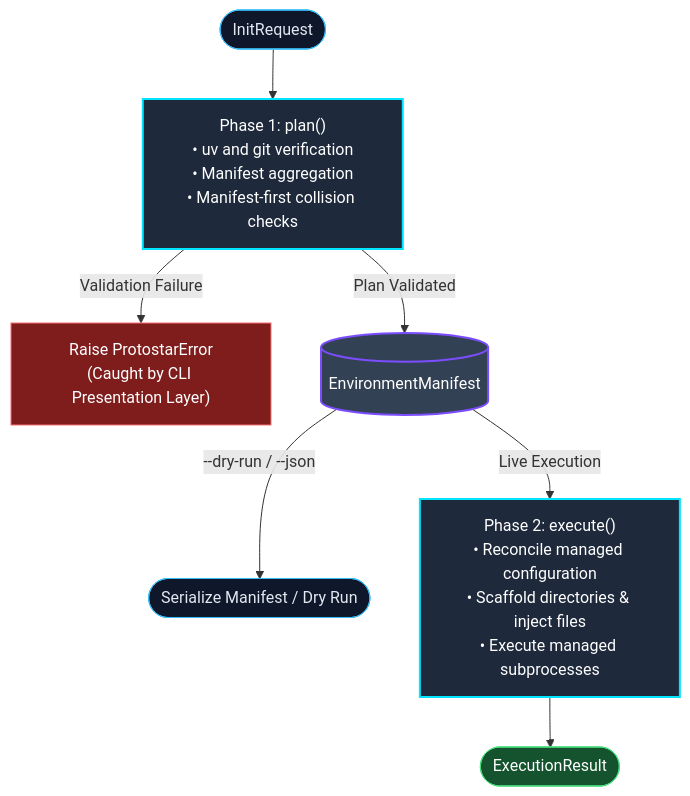
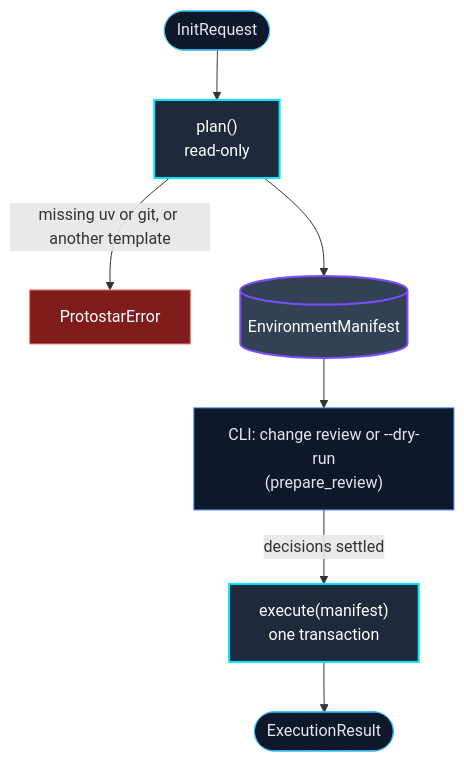
Before and after one commit to JacksonFergusonDev/protostar: the diagram in docs/mechanics/orchestrator.md, drawn with Mermaid. The commit also changed other lines of this file and 7 other files, not shown here.

````diff
--- a/docs/mechanics/orchestrator.md
+++ b/docs/mechanics/orchestrator.md
@@ -17,18 +9,15 @@
 ```mermaid
 flowchart TD
     classDef boundary fill:#0f172a,stroke:#38bdf8,stroke-width:1px,color:#e2e8f0;
-    classDef phase fill:#1e293b,stroke:#1e293b,stroke:#00e5ff,stroke-width:2px,color:#fff;
+    classDef phase fill:#1e293b,stroke:#00e5ff,stroke-width:2px,color:#fff;
     classDef state fill:#334155,stroke:#7c4dff,stroke-width:2px,color:#fff;
+    classDef cli fill:#0f172a,stroke:#3b82f6,stroke-width:1px,color:#e2e8f0;
     classDef error fill:#7f1d1d,stroke:#f87171,stroke-width:1px,color:#fff;
-    classDef success fill:#14532d,stroke:#4ade80,stroke-width:1px,color:#fff;
 
-    Req([InitRequest]):::boundary --> Plan["Phase 1: plan()<br/>• uv and git verification<br/>• Manifest aggregation<br/>• Manifest-first collision checks"]:::phase
-
-    Plan -->|Validation Failure| Err["Raise ProtostarError<br/>(Caught by CLI Presentation Layer)"]:::error
-    Plan -->|Plan Validated| Manifest[(EnvironmentManifest)]:::state
-
-    Manifest -->|--dry-run / --json| DryRun([Serialize Manifest / Dry Run]):::boundary
-    Manifest -->|Live Execution| Exec["Phase 2: execute()<br/>• Reconcile managed configuration<br/>• Scaffold directories & inject files<br/>• Execute managed subprocesses"]:::phase
-
-    Exec --> Result([ExecutionResult]):::success
+    Req([InitRequest]):::boundary --> Plan["plan()<br/>read-only"]:::phase
+    Plan -->|missing uv or git, or another template| Err["ProtostarError"]:::error
+    Plan --> Manifest[(EnvironmentManifest)]:::state
+    Manifest --> Review["CLI: change review or --dry-run<br/>(prepare_review)"]:::cli
+    Review -->|decisions settled| Exec["execute(manifest)<br/>one transaction"]:::phase
+    Exec --> Result([ExecutionResult]):::boundary
 ```
````
